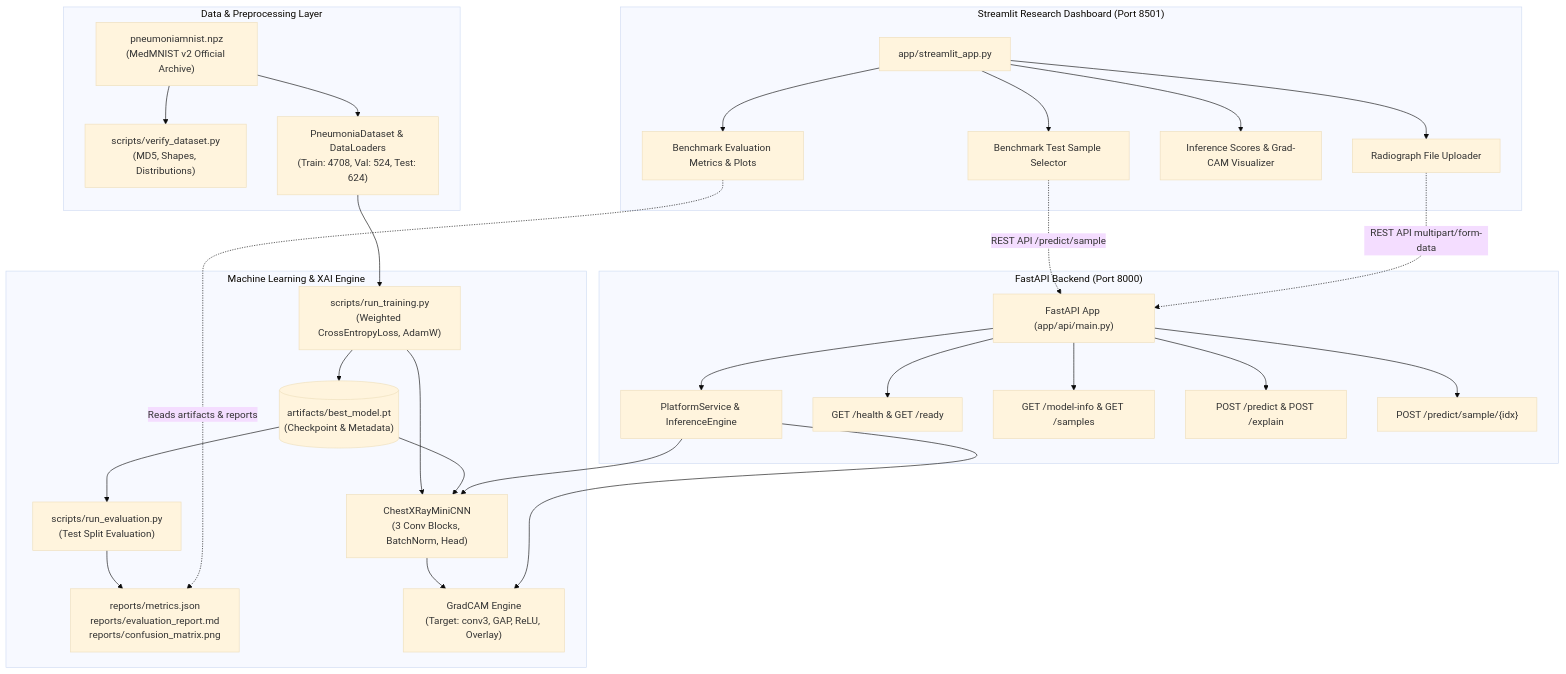
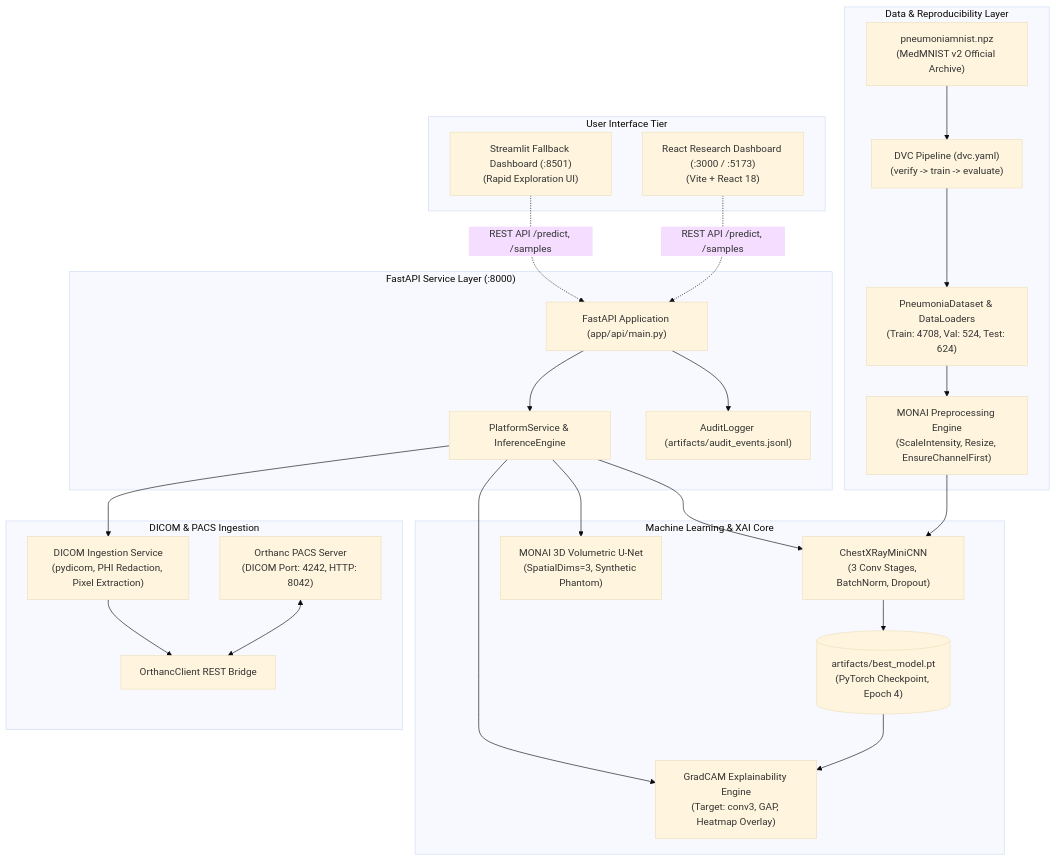
One commit to shivam-shukla888/ai-medical-imaging-platform changed the first of 3 diagrams in docs/architecture.md. Above: the diagram before and after it, drawn with Mermaid (base theme). The commit also changed other lines of this file and 33 other files, not shown here.

Commit message:
feat: complete MONAI integration, Orthanc DICOM workflow, DVC pipeline, React dashboard, audit logger, and full internship submission package

````diff
--- a/docs/architecture.md
+++ b/docs/architecture.md
@@ -7,61 +13,54 @@
 ```mermaid
 flowchart TD
-    subgraph Data Layer ["Data & Preprocessing Layer"]
+    subgraph DataLayer ["Data & Reproducibility Layer"]
         RAW["pneumoniamnist.npz\n(MedMNIST v2 Official Archive)"]
-        VERIFY["scripts/verify_dataset.py\n(MD5, Shapes, Distributions)"]
-        DS["PneumoniaDataset & DataLoaders\n(Train: 4708, Val: 524, Test: 624)"]
-        RAW --> VERIFY
-        RAW --> DS
+        DVC["DVC Pipeline (dvc.yaml)\n(verify -> train -> evaluate)"]
+        LOADER["PneumoniaDataset & DataLoaders\n(Train: 4708, Val: 524, Test: 624)"]
+        MONAI_T["MONAI Preprocessing Engine\n(ScaleIntensity, Resize, EnsureChannelFirst)"]
+
+        RAW --> DVC
+        DVC --> LOADER
+        LOADER --> MONAI_T
     end
 
-    subgraph ML Pipeline ["Machine Learning & XAI Engine"]
-        TRAIN["scripts/run_training.py\n(Weighted CrossEntropyLoss, AdamW)"]
-        MODEL["ChestXRayMiniCNN\n(3 Conv Blocks, BatchNorm, Head)"]
-        CKPT[("artifacts/best_model.pt\n(Checkpoint & Metadata)")]
-        EVAL["scripts/run_evaluation.py\n(Test Split Evaluation)"]
-        REPORTS["reports/metrics.json\nreports/evaluation_report.md\nreports/confusion_matrix.png"]
-        GRADCAM["GradCAM Engine\n(Target: conv3, GAP, ReLU, Overlay)"]
+    subgraph MLLayer ["Machine Learning & XAI Core"]
+        CNN["ChestXRayMiniCNN\n(3 Conv Stages, BatchNorm, Dropout)"]
+        CKPT[("artifacts/best_model.pt\n(PyTorch Checkpoint, Epoch 4)")]
+        GRADCAM["GradCAM Explainability Engine\n(Target: conv3, GAP, Heatmap Overlay)"]
+        MONAI_3D["MONAI 3D Volumetric U-Net\n(SpatialDims=3, Synthetic Phantom)"]
 
-        DS --> TRAIN
-        TRAIN --> MODEL
-        TRAIN --> CKPT
-        CKPT --> EVAL
-        EVAL --> REPORTS
-        CKPT --> MODEL
-        MODEL --> GRADCAM
+        MONAI_T --> CNN
+        CNN --> CKPT
+        CKPT --> GRADCAM
     end
 
-    subgraph Backend ["FastAPI Backend (Port 8000)"]
-        API["FastAPI App (app/api/main.py)"]
+    subgraph PACSLayer ["DICOM & PACS Ingestion"]
+        ORTHANC["Orthanc PACS Server\n(DICOM Port: 4242, HTTP: 8042)"]
+        DICOM_INGEST["DICOM Ingestion Service\n(pydicom, PHI Redaction, Pixel Extraction)"]
+        ORTHANC_CLIENT["OrthancClient REST Bridge"]
+
+        ORTHANC <--> ORTHANC_CLIENT
+        DICOM_INGEST --> ORTHANC_CLIENT
+    end
+
+    subgraph BackendLayer ["FastAPI Service Layer (:8000)"]
+        API["FastAPI Application (app/api/main.py)"]
         SVC["PlatformService & InferenceEngine"]
-        EP_HEALTH["GET /health & GET /ready"]
-        EP_INFO["GET /model-info & GET /samples"]
-        EP_PRED["POST /predict & POST /explain"]
-        EP_SMP["POST /predict/sample/{idx}"]
+        AUDIT["AuditLogger (artifacts/audit_events.jsonl)"]
 
         API --> SVC
-        SVC --> MODEL
+        API --> AUDIT
+        SVC --> CNN
         SVC --> GRADCAM
-        API --> EP_HEALTH
-        API --> EP_INFO
-        API --> EP_PRED
-        API --> EP_SMP
+        SVC --> DICOM_INGEST
+        SVC --> MONAI_3D
     end
 
-    subgraph Frontend ["Streamlit Research Dashboard (Port 8501)"]
-        UI["app/streamlit_app.py"]
-        SAMPLE_SEL["Benchmark Test Sample Selector"]
-        UPLOAD["Radiograph File Uploader"]
-        VIS["Inference Scores & Grad-CAM Visualizer"]
-        METRICS_VIEW["Benchmark Evaluation Metrics & Plots"]
+    subgraph FrontendLayer ["User Interface Tier"]
+        REACT["React Research Dashboard (:3000 / :5173)\n(Vite + React 18)"]
+        STREAMLIT["Streamlit Fallback Dashboard (:8501)\n(Rapid Exploration UI)"]
 
-        UI --> SAMPLE_SEL
-        UI --> UPLOAD
-        UI --> VIS
-        UI --> METRICS_VIEW
+        REACT -.->|REST API /predict, /samples| API
+        STREAMLIT -.->|REST API /predict, /samples| API
     end
-
-    SAMPLE_SEL -.->|REST API /predict/sample| API
-    UPLOAD -.->|REST API multipart/form-data| API
-    METRICS_VIEW -.->|Reads artifacts & reports| REPORTS
 ```
````
